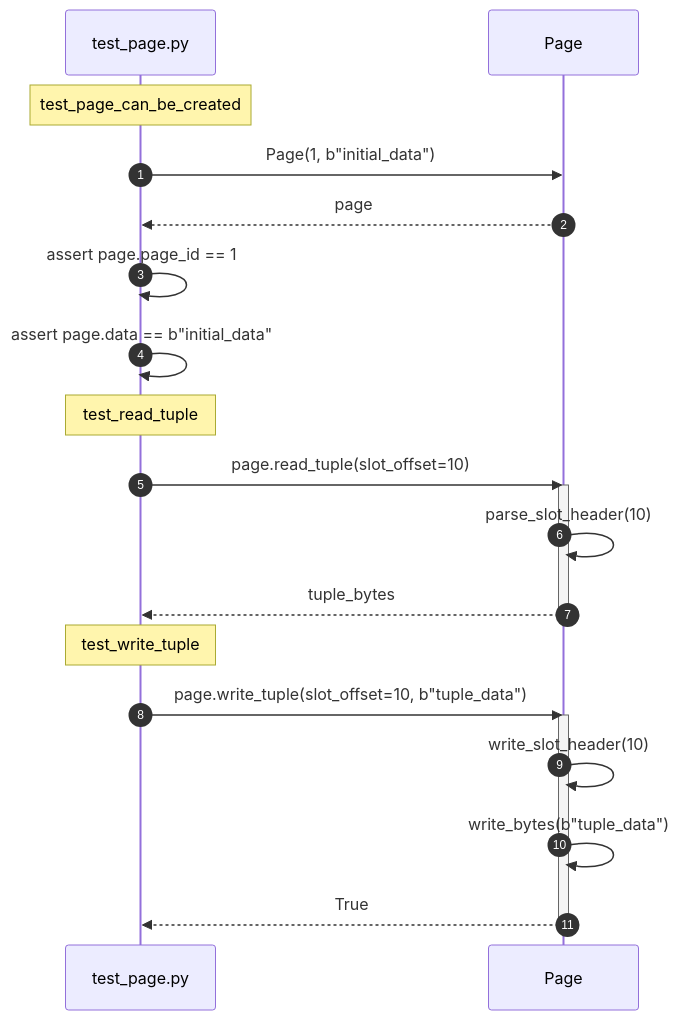
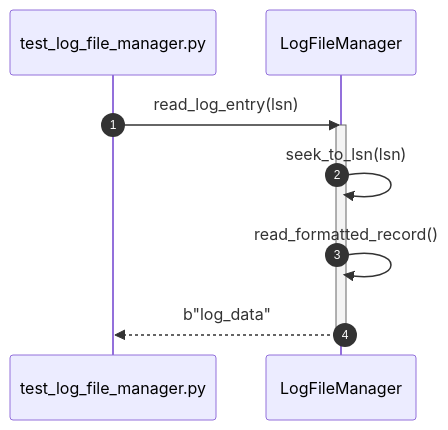
One commit to taitran501/DBMS changed diagram 18 of 56 in diagrams/sequence/storage_engine.md. Above: the diagram before and after it, drawn with Mermaid. The commit also changed other lines of this file and 44 other files, not shown here.

````diff
--- a/diagrams/sequence/storage_engine.md
+++ b/diagrams/sequence/storage_engine.md
@@ -221,27 +286,13 @@
 ```mermaid
 sequenceDiagram
     autonumber
-    participant Test as test_page.py
-    participant SUT as Page
+    participant Test as test_log_file_manager.py
+    participant SUT as LogFileManager
 
-    Note over Test: test_page_can_be_created
-    Test->>SUT: Page(1, b"initial_data")
-    SUT-->>Test: page
-    Test->>Test: assert page.page_id == 1
-    Test->>Test: assert page.data == b"initial_data"
-
-    Note over Test: test_read_tuple
-    Test->>SUT: page.read_tuple(slot_offset=10)
+    Test->>SUT: read_log_entry(lsn)
     activate SUT
-    SUT->>SUT: parse_slot_header(10)
-    SUT-->>Test: tuple_bytes
-    deactivate SUT
-
-    Note over Test: test_write_tuple
-    Test->>SUT: page.write_tuple(slot_offset=10, b"tuple_data")
-    activate SUT
-    SUT->>SUT: write_slot_header(10)
-    SUT->>SUT: write_bytes(b"tuple_data")
-    SUT-->>Test: True
+    SUT->>SUT: seek_to_lsn(lsn)
+    SUT->>SUT: read_formatted_record()
+    SUT-->>Test: b"log_data"
     deactivate SUT
 ```
````
